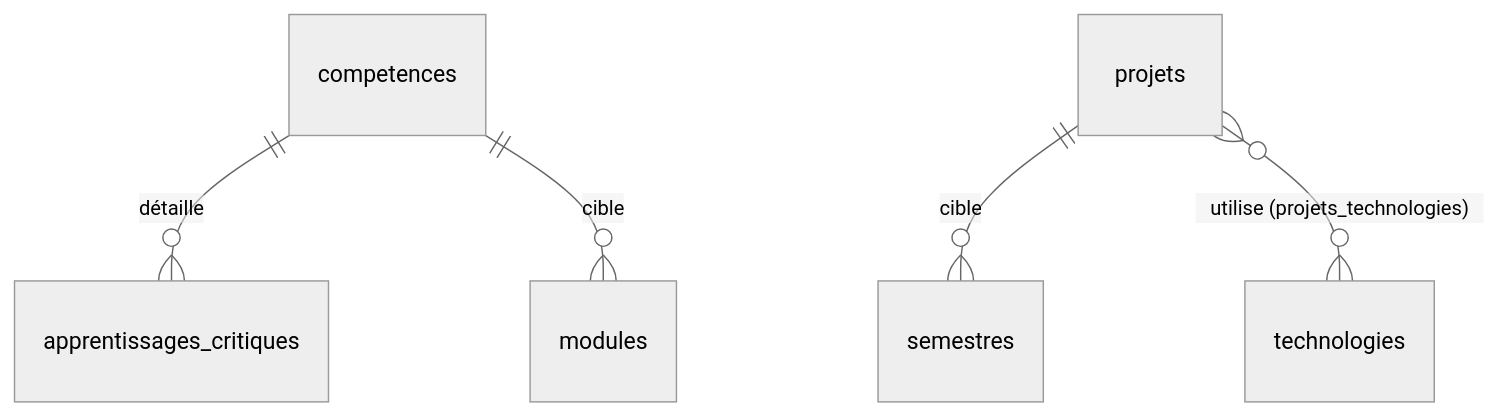
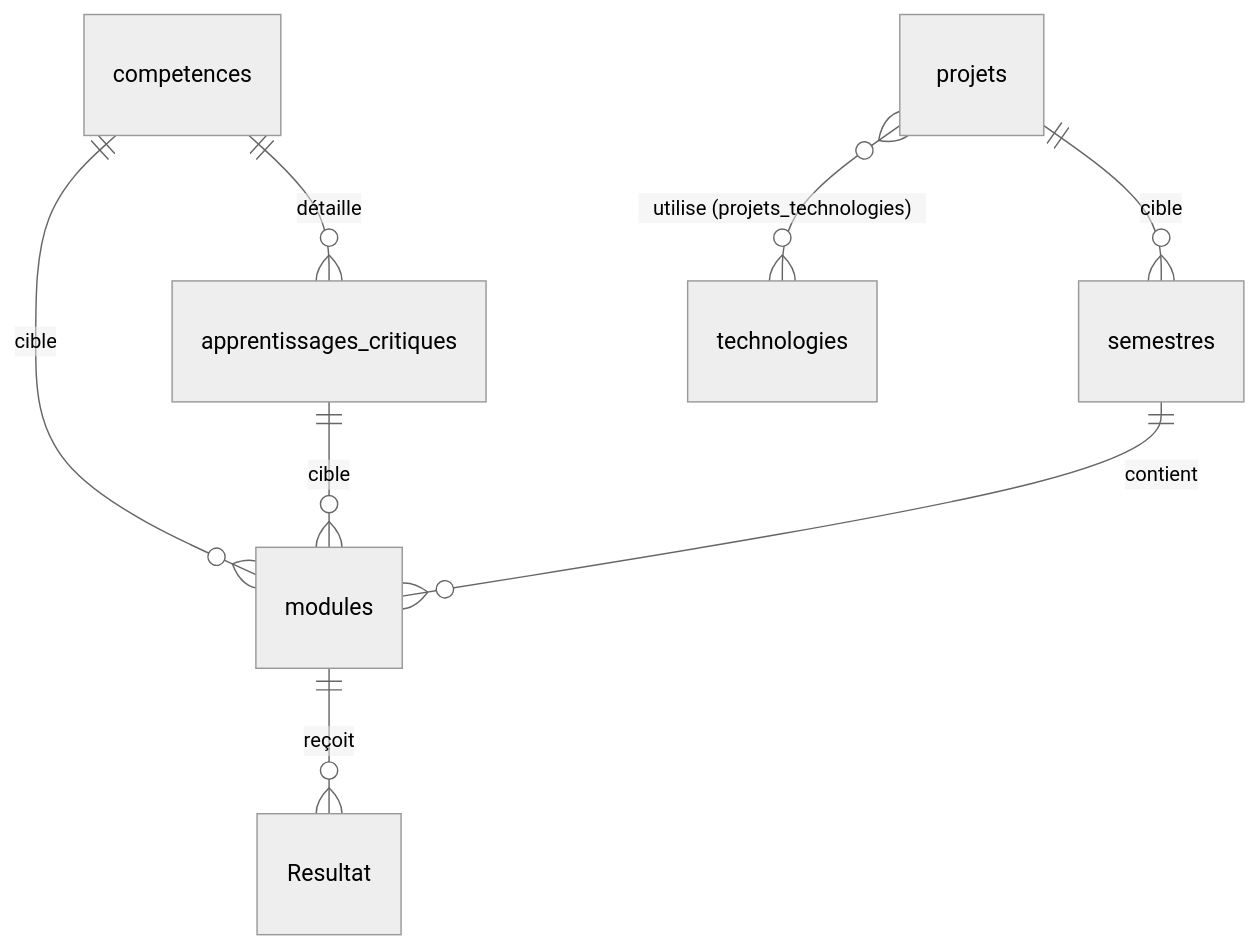
The second of 2 diagrams in architecture/ARCHITECTURE.md (tshazlytembo123-bot/tshazly-man-tte), drawn with Mermaid (neutral theme) before and after one commit.

Commit message:
Update architecture diagram with new relationships
Added relationships between modules and other entities in the diagram.

````diff
--- a/architecture/ARCHITECTURE.md
+++ b/architecture/ARCHITECTURE.md
@@ -65,9 +65,10 @@
 ```mermaid
 erDiagram
   competences ||--o{ apprentissages_critiques : "détaille"
   competences ||--o{ modules : "cible"
-
+  apprentissages_critiques ||--o{ modules : "cible"
   projets ||--o{semestres : "cible"
   projets }o--o{ technologies : "utilise (projets_technologies)"
-
+  semestres ||--o{ modules : "contient"
+  modules ||--o{ Resultat  : "reçoit"
 ```
````
